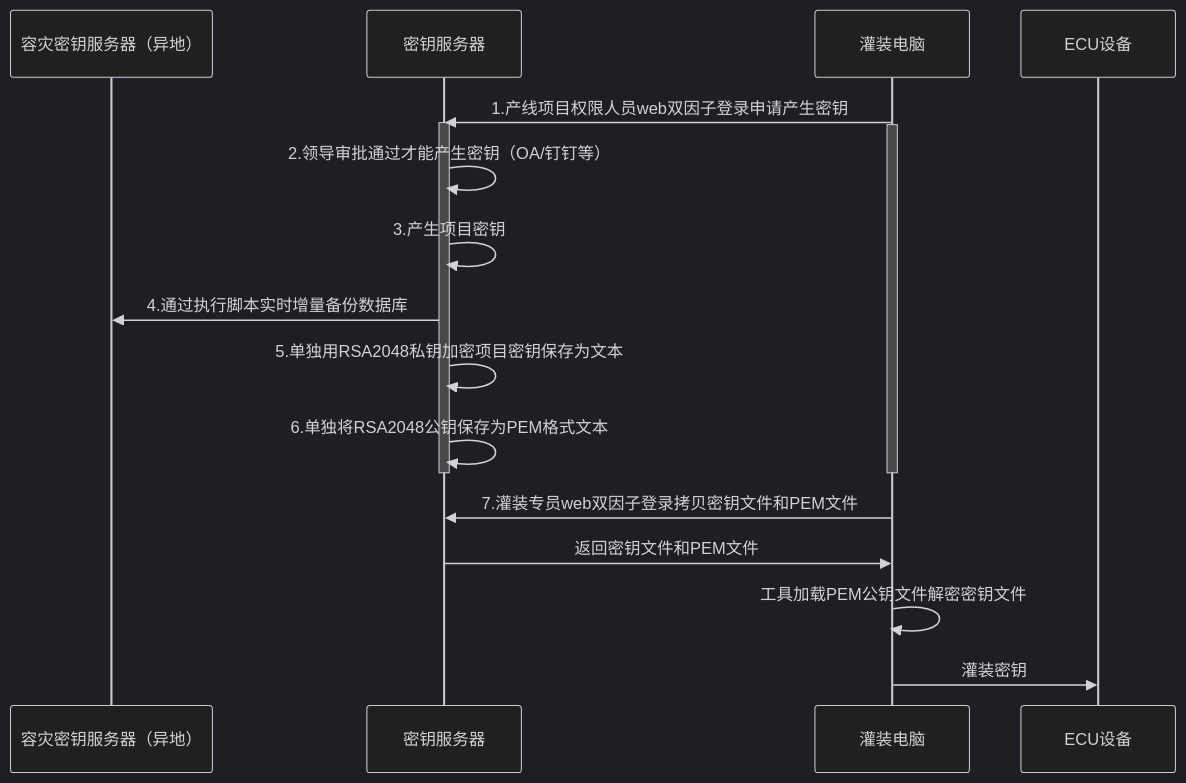
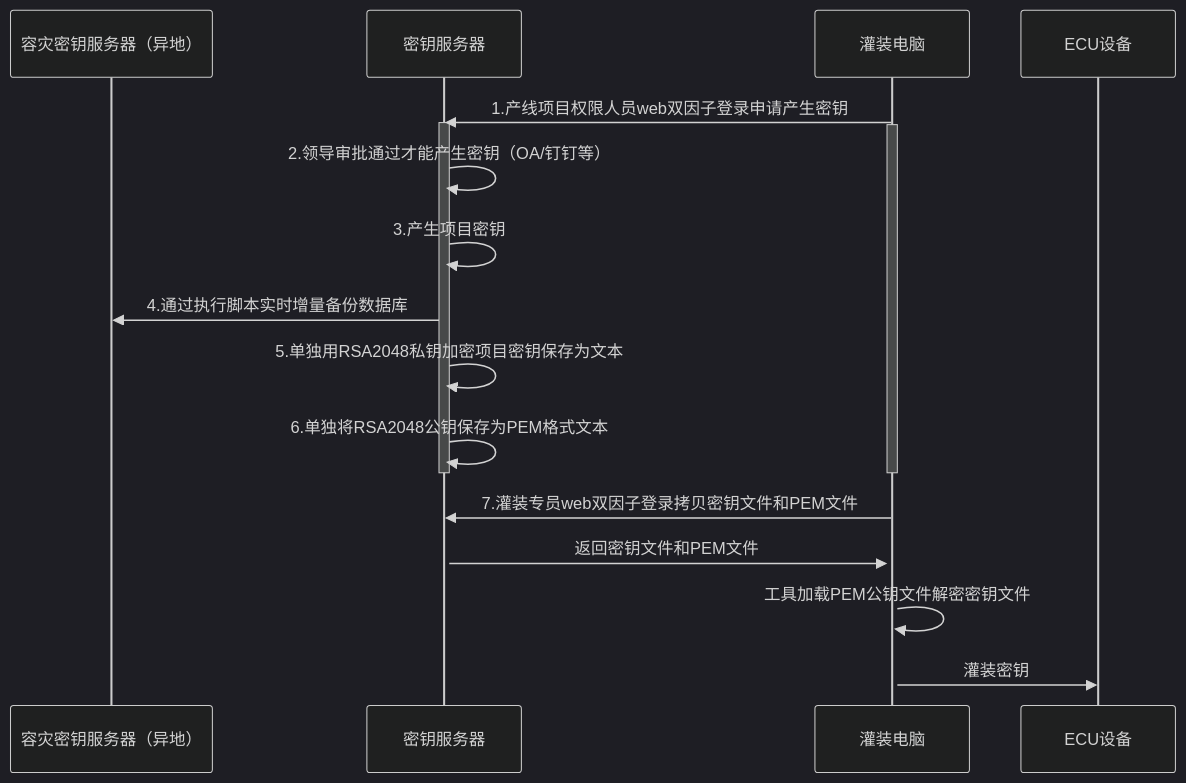
Before and after one commit to facebook-cloud/iodraw-files: the diagram in all/未命名-15.md, drawn with Mermaid (dark theme).

Commit message:
2026-02-11 19:50:22 update

````diff
--- a/all/未命名-15.md
+++ b/all/未命名-15.md
@@ -1,25 +1,27 @@
 ```mermaid
 sequenceDiagram
     participant A as 容灾密钥服务器（异地）
     participant B as 密钥服务器
     participant D as 灌装电脑
     participant E as ECU设备
 
     
     D->>B: 1.产线项目权限人员web双因子登录申请产生密钥
     activate B
     activate D
     B->>B: 2.领导审批通过才能产生密钥（OA/钉钉等）
     B->>B: 3.产生项目密钥
     B->>A: 4.通过执行脚本实时增量备份数据库
     B->>B: 5.单独用RSA2048私钥加密项目密钥保存为文本
     B->>B: 6.单独将RSA2048公钥保存为PEM格式文本
     deactivate B
     deactivate D
 
     
     D->>B: 7.灌装专员web双因子登录拷贝密钥文件和PEM文件
+    activate B
+    activate D
     B->>D: 返回密钥文件和PEM文件
     D->>D:工具加载PEM公钥文件解密密钥文件
     D->>E: 灌装密钥
 ```
````
